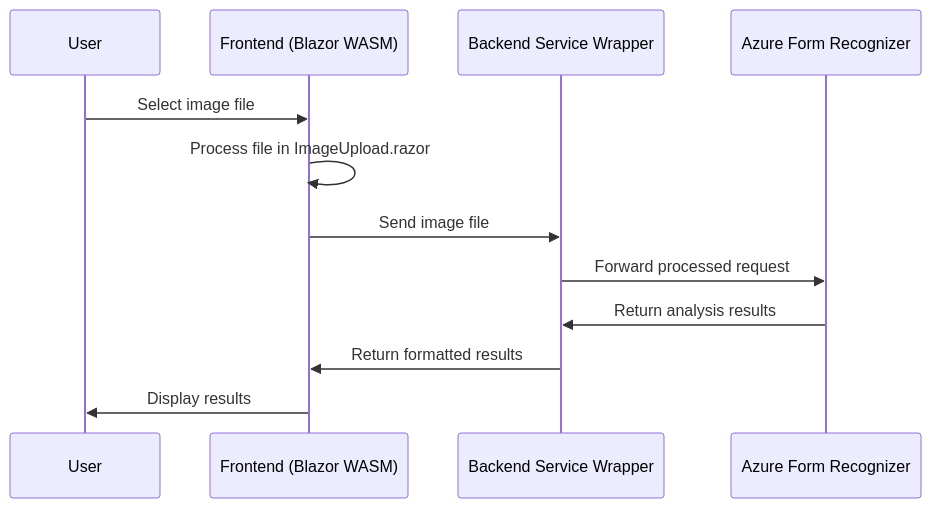
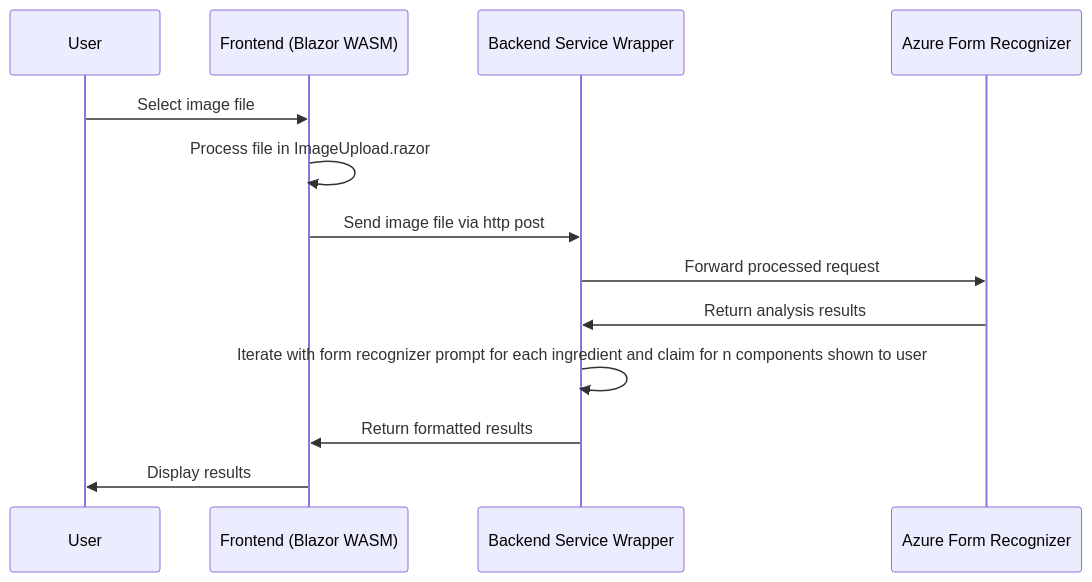
Before and after one commit to eric-fern/ImageReader: the diagram in SampleApp/diagram.md, drawn with Mermaid. The commit also changed 6 other files, not shown here.

````diff
--- a/SampleApp/diagram.md
+++ b/SampleApp/diagram.md
@@ -1,16 +1,17 @@
 ```mermaid
 sequenceDiagram
 participant User
 participant Frontend as Frontend (Blazor WASM)
 participant Backend as Backend Service Wrapper
 participant Azure as Azure Form Recognizer
 
 User->>Frontend: Select image file
 Frontend->>Frontend: Process file in ImageUpload.razor
-Frontend->>Backend: Send image file
+Frontend->>Backend: Send image file via http post
 Backend->>Azure: Forward processed request
 Azure->>Backend: Return analysis results
+Backend->>Backend: Iterate with form recognizer prompt for each ingredient and claim for n components shown to user
 Backend->>Frontend: Return formatted results
 Frontend->>User: Display results
 
 ```
````
